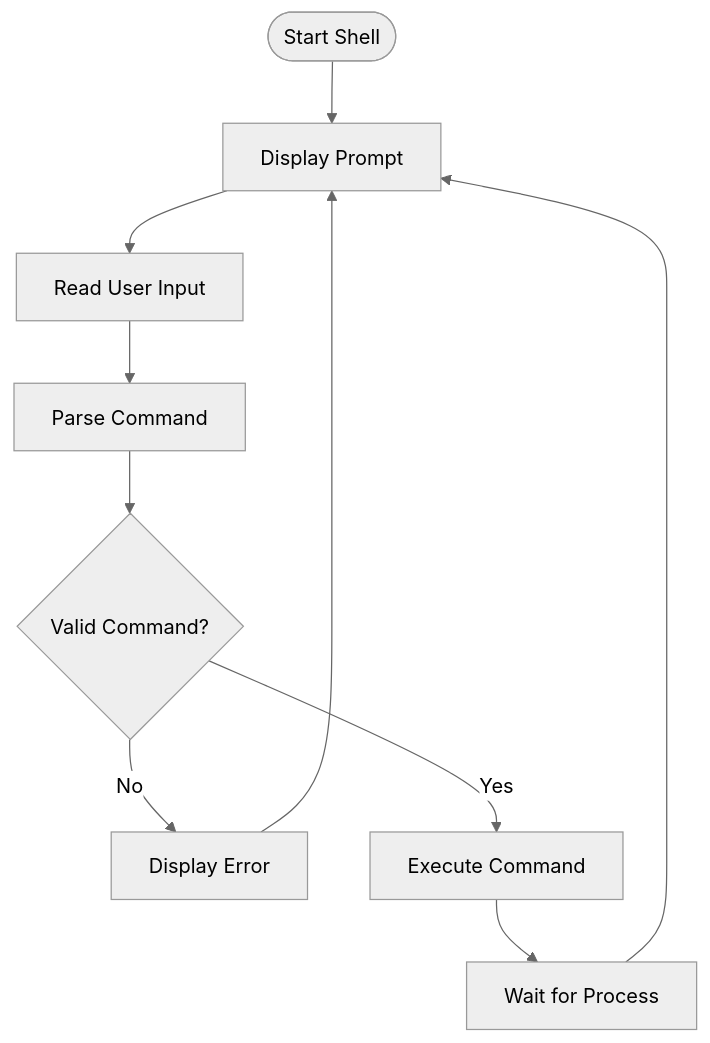
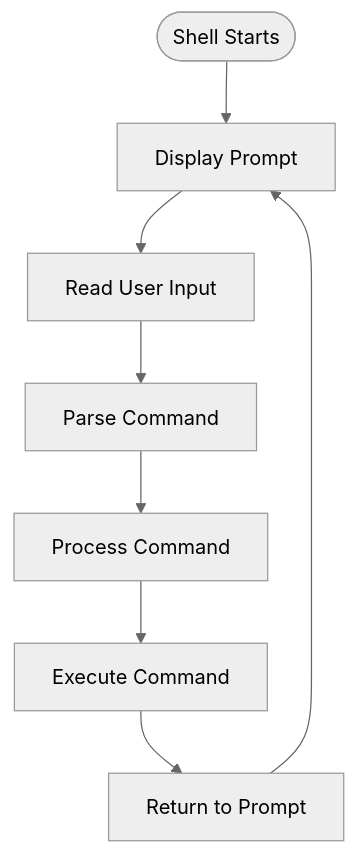
The diagram in README.md (Suraj-12343423/Shell), drawn with Mermaid (neutral theme) before and after one commit. The commit also changed other lines of this file, not shown here.

````diff
--- a/README.md
+++ b/README.md
@@ -58,12 +38,10 @@
 ```mermaid
 flowchart TD
-    A([Start Shell]) --> B[Display Prompt]
+    A([Shell Starts]) --> B[Display Prompt]
     B --> C[Read User Input]
     C --> D[Parse Command]
-    D --> E{Valid Command?}
-    E -->|No| F[Display Error]
-    F --> B
-    E -->|Yes| G[Execute Command]
-    G --> H[Wait for Process]
-    H --> B
+    D --> E[Process Command]
+    E --> F[Execute Command]
+    F --> G[Return to Prompt]
+    G --> B
 ```
````
